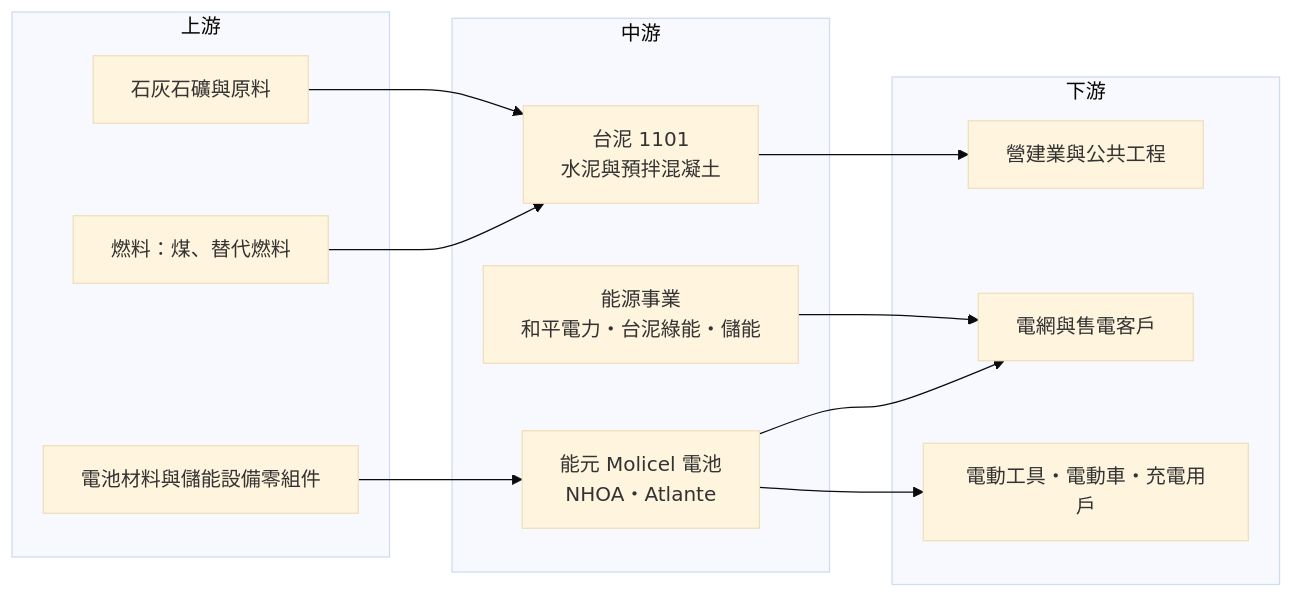
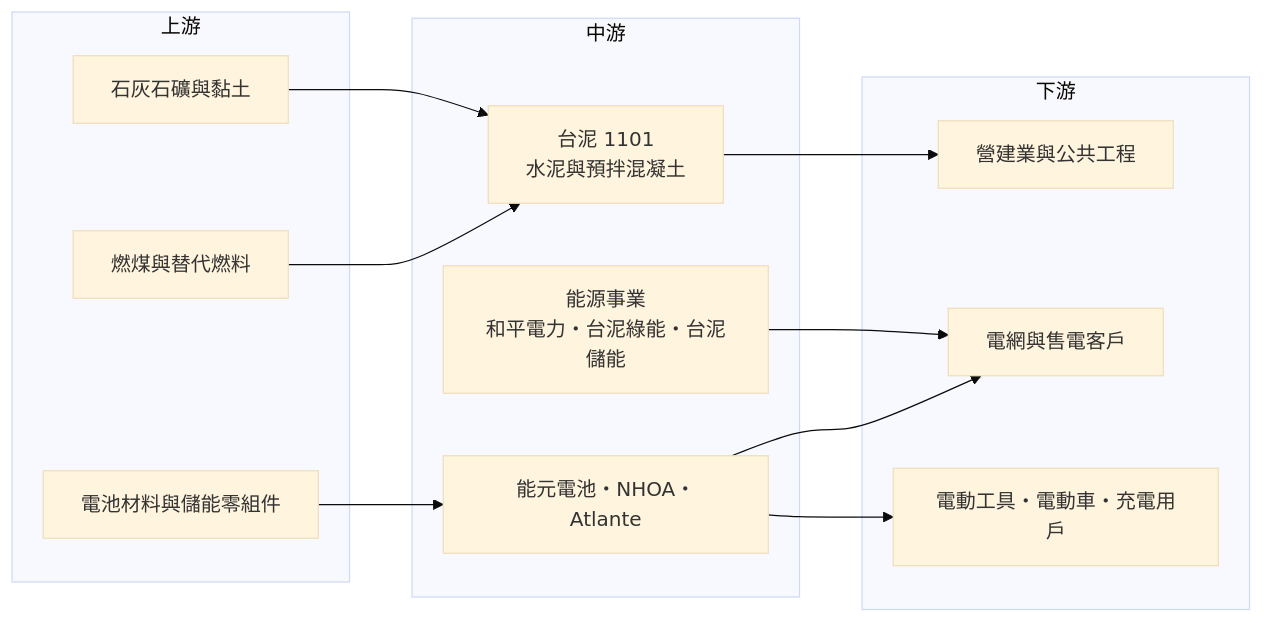
One commit to wangnick1004/taiwan-stock-vault changed the fourth of 4 diagrams in 個股/台股/1101台泥.md. Above: the diagram before and after it, drawn with Mermaid (base theme). The commit also changed other lines of this file and 27 other files, not shown here.

````diff
--- a/個股/台股/1101台泥.md
+++ b/個股/台股/1101台泥.md
@@ -214,25 +224,25 @@
 ```mermaid
 flowchart LR
     subgraph 上游
-        A1[石灰石礦與原料]
-        A2[燃料：煤、替代燃料]
-        A3[電池材料與儲能設備零組件]
+        A1[石灰石礦與黏土]
+        A2[燃煤與替代燃料]
+        A3[電池材料與儲能零組件]
     end
     subgraph 中游
         B[台泥 1101<br/>水泥與預拌混凝土]
-        B2[能源事業<br/>和平電力・台泥綠能・儲能]
-        B3[能元 Molicel 電池<br/>NHOA・Atlante]
+        B2[能源事業<br/>和平電力・台泥綠能・台泥儲能]
+        B3[能元電池・NHOA・Atlante]
     end
     subgraph 下游
         C1[營建業與公共工程]
         C2[電網與售電客戶]
         C3[電動工具・電動車・充電用戶]
     end
     A1 --> B
     A2 --> B
     A3 --> B3
     B --> C1
     B2 --> C2
     B3 --> C2
     B3 --> C3
 ```
````
